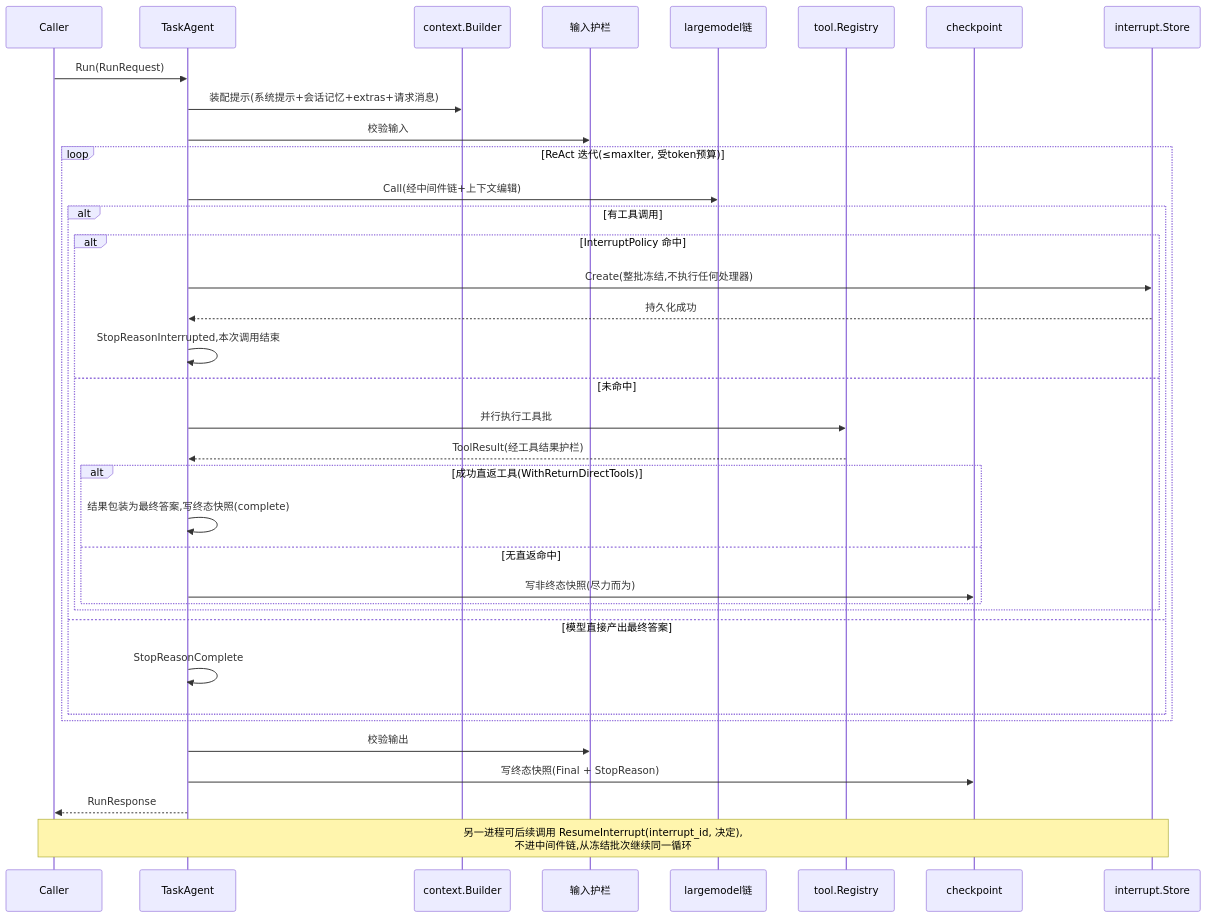
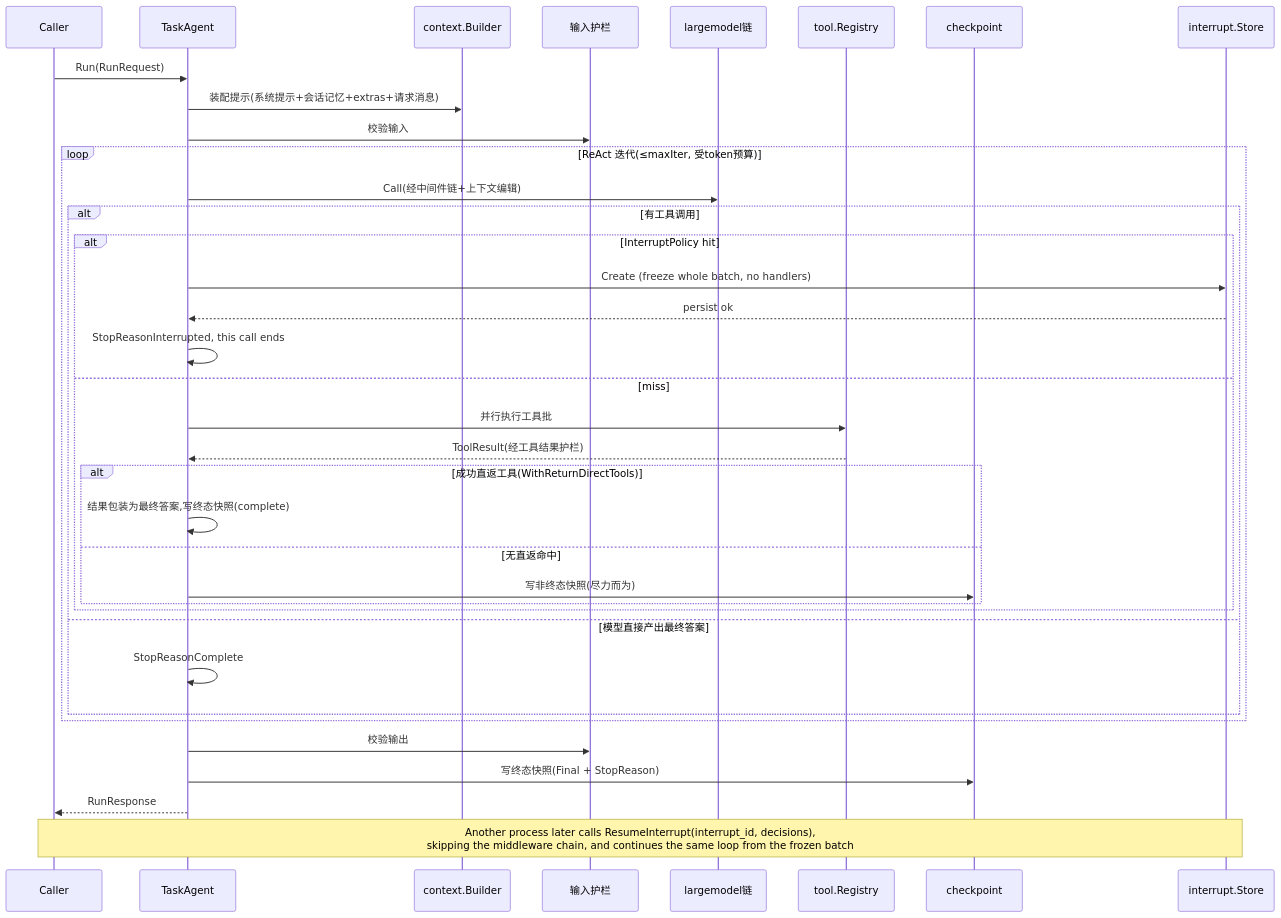
The second of 2 diagrams in doc/architecture/architecture.md (vogo/vage), drawn with Mermaid before and after one commit. The commit also changed other lines of this file and 22 other files, not shown here.

````diff
--- a/doc/architecture/architecture.md
+++ b/doc/architecture/architecture.md
@@ -61,41 +61,41 @@
 ```mermaid
 sequenceDiagram
     participant Caller
     participant Task as TaskAgent
     participant Ctx as context.Builder
     participant Guard as 输入护栏
     participant LLM as largemodel链
     participant Tool as tool.Registry
     participant CP as checkpoint
     participant IR as interrupt.Store
 
     Caller->>Task: Run(RunRequest)
     Task->>Ctx: 装配提示(系统提示+会话记忆+extras+请求消息)
     Task->>Guard: 校验输入
     loop ReAct 迭代(≤maxIter, 受token预算)
         Task->>LLM: Call(经中间件链+上下文编辑)
         alt 有工具调用
-            alt InterruptPolicy 命中
-                Task->>IR: Create(整批冻结,不执行任何处理器)
-                IR-->>Task: 持久化成功
-                Task->>Task: StopReasonInterrupted,本次调用结束
-            else 未命中
+            alt InterruptPolicy hit
+                Task->>IR: Create (freeze whole batch, no handlers)
+                IR-->>Task: persist ok
+                Task->>Task: StopReasonInterrupted, this call ends
+            else miss
                 Task->>Tool: 并行执行工具批
                 Tool-->>Task: ToolResult(经工具结果护栏)
                 alt 成功直返工具(WithReturnDirectTools)
                     Task->>Task: 结果包装为最终答案,写终态快照(complete)
                 else 无直返命中
                     Task->>CP: 写非终态快照(尽力而为)
                 end
             end
         else 模型直接产出最终答案
             Task->>Task: StopReasonComplete
         end
     end
     Task->>Guard: 校验输出
     Task->>CP: 写终态快照(Final + StopReason)
     Task-->>Caller: RunResponse
 
-    Note over Caller,IR: 另一进程可后续调用 ResumeInterrupt(interrupt_id, 决定),<br/>不进中间件链,从冻结批次继续同一循环
+    Note over Caller,IR: Another process later calls ResumeInterrupt(interrupt_id, decisions),<br/>skipping the middleware chain, and continues the same loop from the frozen batch
 
 ```
````
